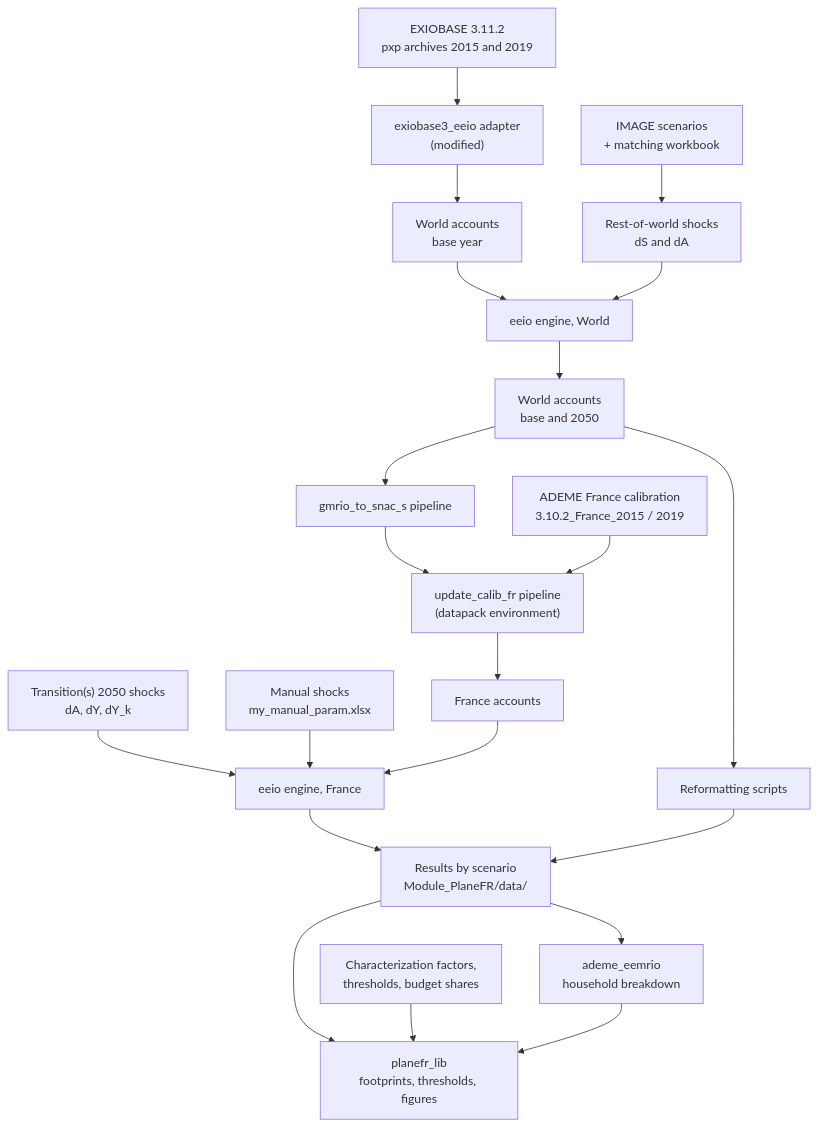
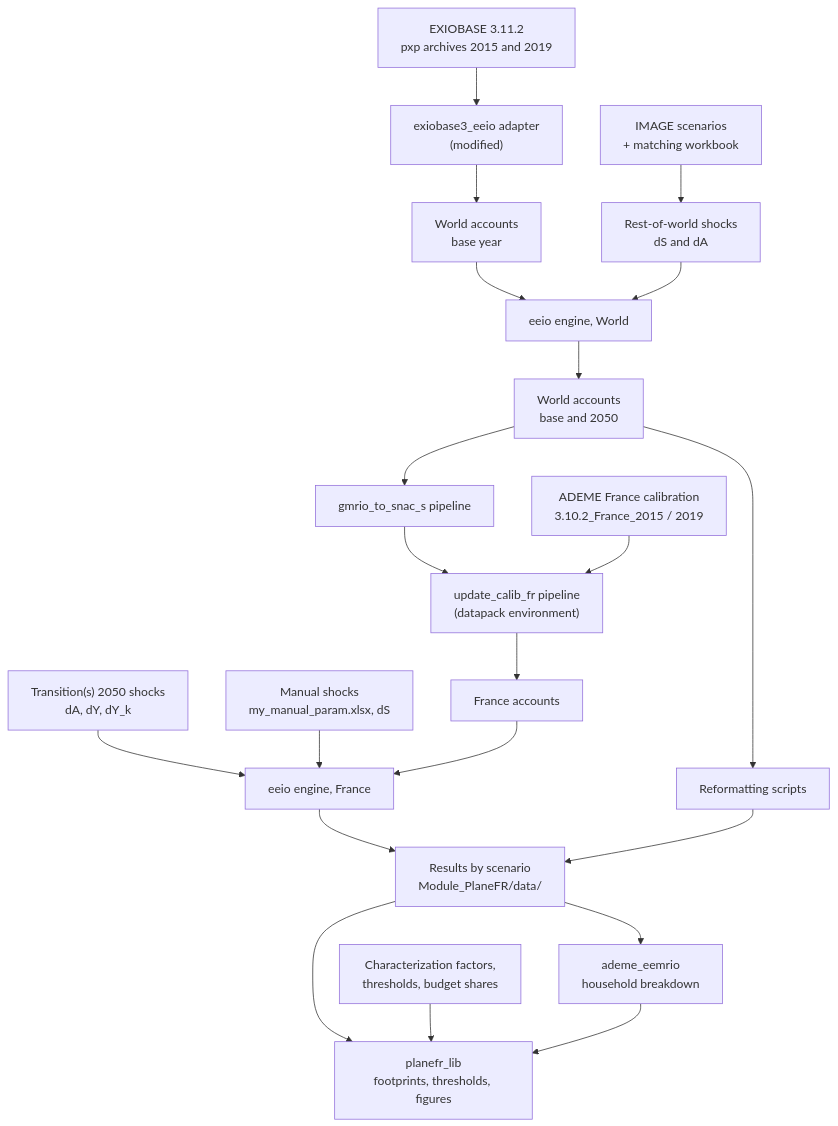
The diagram in docs/technical_documentation_PlaneFR.md (Arnaud-destarac/PlaneFR), drawn with Mermaid before and after one commit. The commit also changed other lines of this file and 26 other files, not shown here.

````diff
--- a/docs/technical_documentation_PlaneFR.md
+++ b/docs/technical_documentation_PlaneFR.md
@@ -100,23 +100,23 @@
 ```mermaid
 flowchart TD
     EXIO["EXIOBASE 3.11.2<br/>pxp archives 2015 and 2019"] --> AD["exiobase3_eeio adapter<br/>(modified)"]
     AD --> WB["World accounts<br/>base year"]
     IMAGE["IMAGE scenarios<br/>+ matching workbook"] --> SSP["Rest-of-world shocks<br/>dS and dA"]
     WB --> ENGW["eeio engine, World"]
     SSP --> ENGW
     ENGW --> WS["World accounts<br/>base and 2050"]
     WS --> SNAC["gmrio_to_snac_s pipeline"]
     SNAC --> CAL["update_calib_fr pipeline<br/>(datapack environment)"]
     CALIB["ADEME France calibration<br/>3.10.2_France_2015 / 2019"] --> CAL
     CAL --> FR["France accounts"]
     T2050["Transition(s) 2050 shocks<br/>dA, dY, dY_k"] --> ENGF["eeio engine, France"]
-    MAN["Manual shocks<br/>my_manual_param.xlsx"] --> ENGF
+    MAN["Manual shocks<br/>my_manual_param.xlsx, dS"] --> ENGF
     FR --> ENGF
     ENGF --> OUT["Results by scenario<br/>Module_PlaneFR/data/"]
     WS --> REF["Reformatting scripts"]
     REF --> OUT
     OUT --> LIB["planefr_lib<br/>footprints, thresholds, figures"]
     PAR["Characterization factors,<br/>thresholds, budget shares"] --> LIB
     OUT --> BDF["ademe_eemrio<br/>household breakdown"]
     BDF --> LIB
 ```
````
